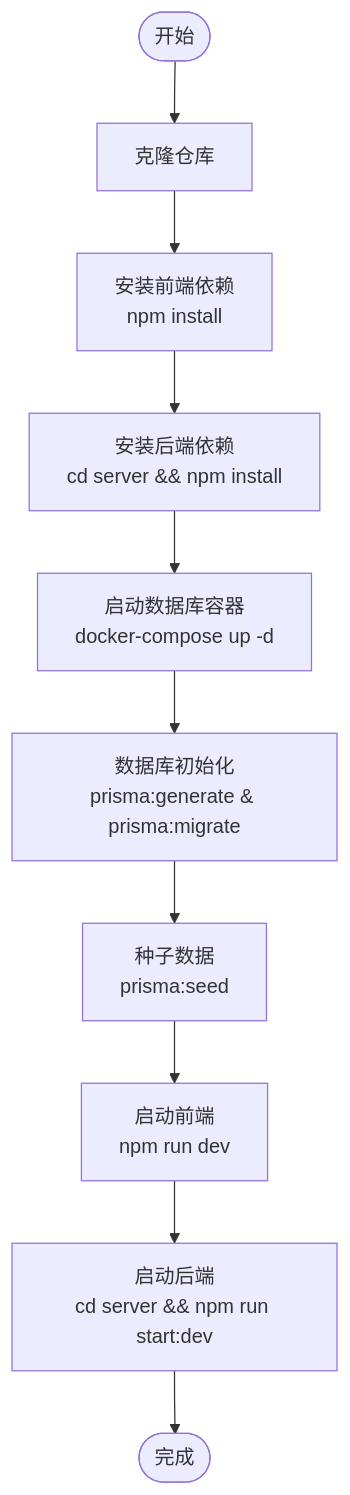
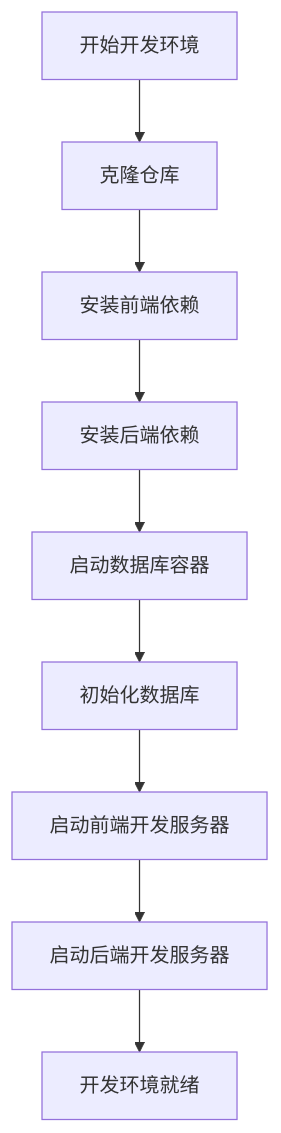
Before and after one commit to LouisFantansy/Budget_Mgt_Enterprise: the fourth of 7 diagrams in .qoder/repowiki/zh/content/快速开始.md, drawn with Mermaid. The commit also changed other lines of this file and 10 other files, not shown here.

````diff
--- a/.qoder/repowiki/zh/content/快速开始.md
+++ b/.qoder/repowiki/zh/content/快速开始.md
@@ -141,12 +335,11 @@
 ```mermaid
 flowchart TD
-Start(["开始"]) --> Clone["克隆仓库"]
-Clone --> InstallFE["安装前端依赖<br/>npm install"]
-InstallFE --> InstallBE["安装后端依赖<br/>cd server && npm install"]
-InstallBE --> DockerUp["启动数据库容器<br/>docker-compose up -d"]
-DockerUp --> DBInit["数据库初始化<br/>prisma:generate & prisma:migrate"]
-DBInit --> Seed["种子数据<br/>prisma:seed"]
-Seed --> StartFE["启动前端<br/>npm run dev"]
-StartFE --> StartBE["启动后端<br/>cd server && npm run start:dev"]
-StartBE --> End(["完成"])
+START_DEV["开始开发环境"] --> CLONE_DEV["克隆仓库"]
+CLONE_DEV --> INSTALL_FE["安装前端依赖"]
+INSTALL_FE --> INSTALL_BE["安装后端依赖"]
+INSTALL_BE --> START_DB["启动数据库容器"]
+START_DB --> INIT_DB["初始化数据库"]
+INIT_DB --> START_FE["启动前端开发服务器"]
+START_FE --> START_BE["启动后端开发服务器"]
+START_BE --> DONE_DEV["开发环境就绪"]
 ```
````
